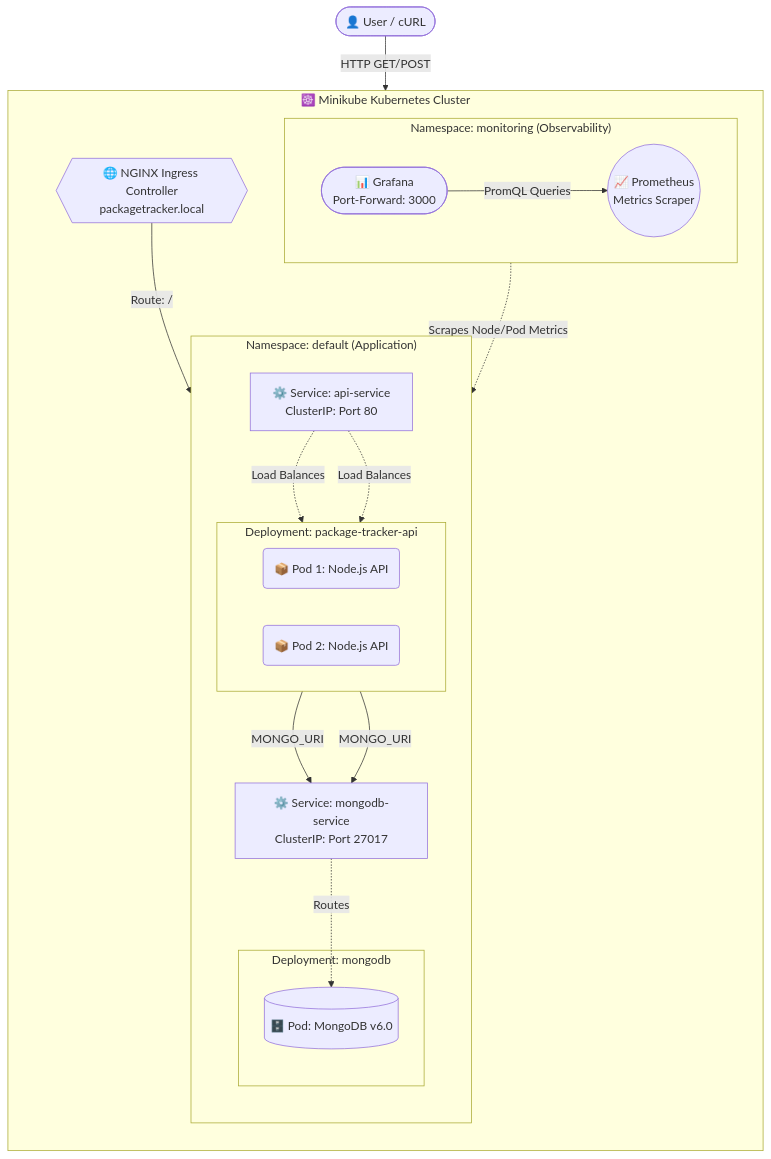
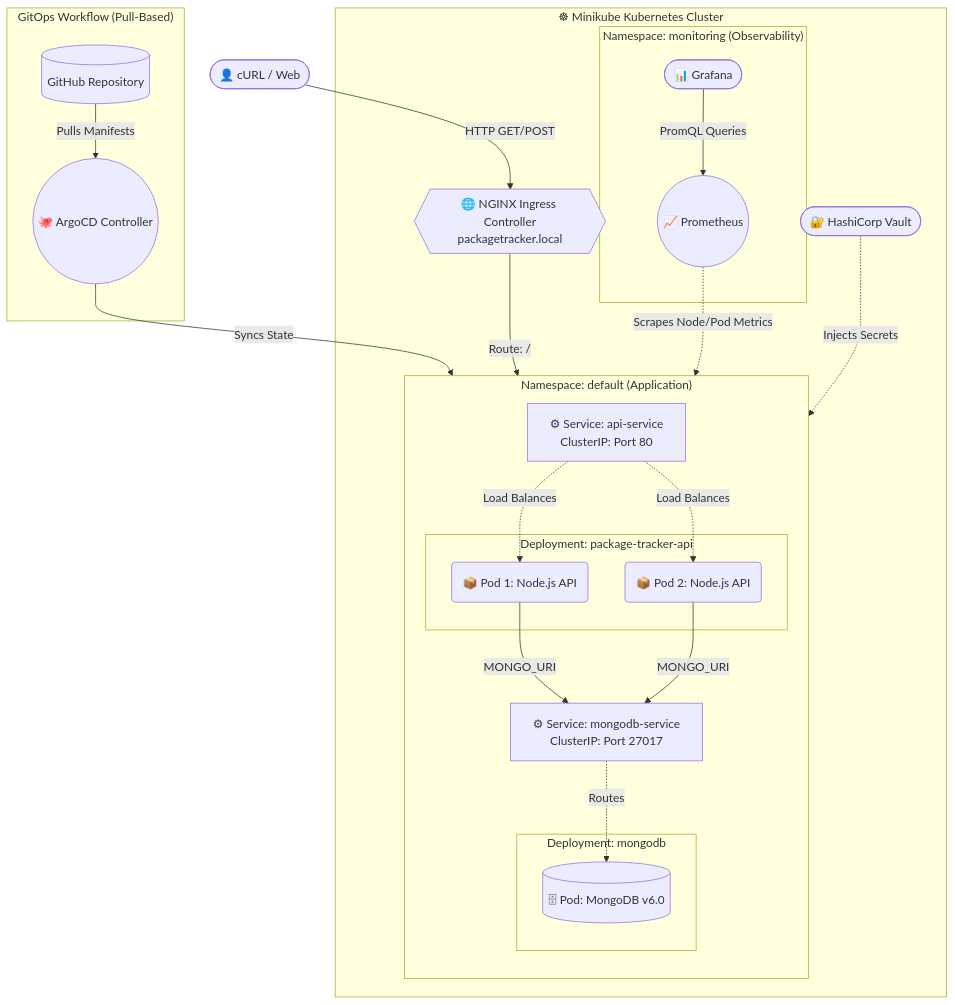
The diagram in README.md (shresth-kumar-lal/k8s-microservices-package-tracker), drawn with Mermaid before and after one commit. The commit also changed other lines of this file and 1 other file, not shown here.

Commit message:
docs: integrate ArgoCD and HashiCorp Vault architectures into GitOps workflow

````diff
--- a/README.md
+++ b/README.md
@@ -13,44 +14,44 @@
 ```mermaid
 flowchart TB
-    User([👤 User / cURL])
+    subgraph GitOps ["GitOps Workflow (Pull-Based)"]
+        Repo[(GitHub Repository)] -->|Pulls Manifests| ArgoCD((🐙 ArgoCD Controller))
+    end
     
-    subgraph Cluster ["☸️ Minikube Kubernetes Cluster"]
-        direction TB
-        
+    subgraph Cluster ["☸ Minikube Kubernetes Cluster"]
+        ArgoCD -->|Syncs State| NS_Default
         Ingress{{🌐 NGINX Ingress Controller<br/>packagetracker.local}}
+        Vault([🔐 HashiCorp Vault]) -.->|Injects Secrets| API_Deploy
         
         subgraph NS_Default ["Namespace: default (Application)"]
             direction TB
-            
-            API_SVC[⚙️ Service: api-service<br/>ClusterIP: Port 80]
-            DB_SVC[⚙️ Service: mongodb-service<br/>ClusterIP: Port 27017]
+            API_SVC[⚙ Service: api-service<br/>ClusterIP: Port 80]
+            DB_SVC[⚙ Service: mongodb-service<br/>ClusterIP: Port 27017]
             
             subgraph API_Deploy ["Deployment: package-tracker-api"]
-                direction LR
                 API_Pod1(📦 Pod 1: Node.js API)
                 API_Pod2(📦 Pod 2: Node.js API)
             end
             
             subgraph DB_Deploy ["Deployment: mongodb"]
-                DB_Pod[(🗄️ Pod: MongoDB v6.0)]
+                DB_Pod[(🗄 Pod: MongoDB v6.0)]
             end
         end
         
         subgraph NS_Monitor ["Namespace: monitoring (Observability)"]
-            direction LR
-            Prometheus((📈 Prometheus<br/>Metrics Scraper))
-            Grafana([📊 Grafana<br/>Port-Forward: 3000])
+            Prometheus((📈 Prometheus))
+            Grafana([📊 Grafana])
         end
     end
 
     %% Network Traffic Flow
-    User -- "HTTP GET/POST" --> Ingress
+    User([👤 cURL / Web]) -- "HTTP GET/POST" --> Ingress
     Ingress -- "Route: /" --> API_SVC
     API_SVC -. "Load Balances" .-> API_Pod1 & API_Pod2
     API_Pod1 & API_Pod2 -- "MONGO_URI" --> DB_SVC
     DB_SVC -. "Routes" .-> DB_Pod
 
     %% Observability Flow
     Prometheus -. "Scrapes Node/Pod Metrics" .-> NS_Default
     Grafana -- "PromQL Queries" --> Prometheus
+
 ```
````
